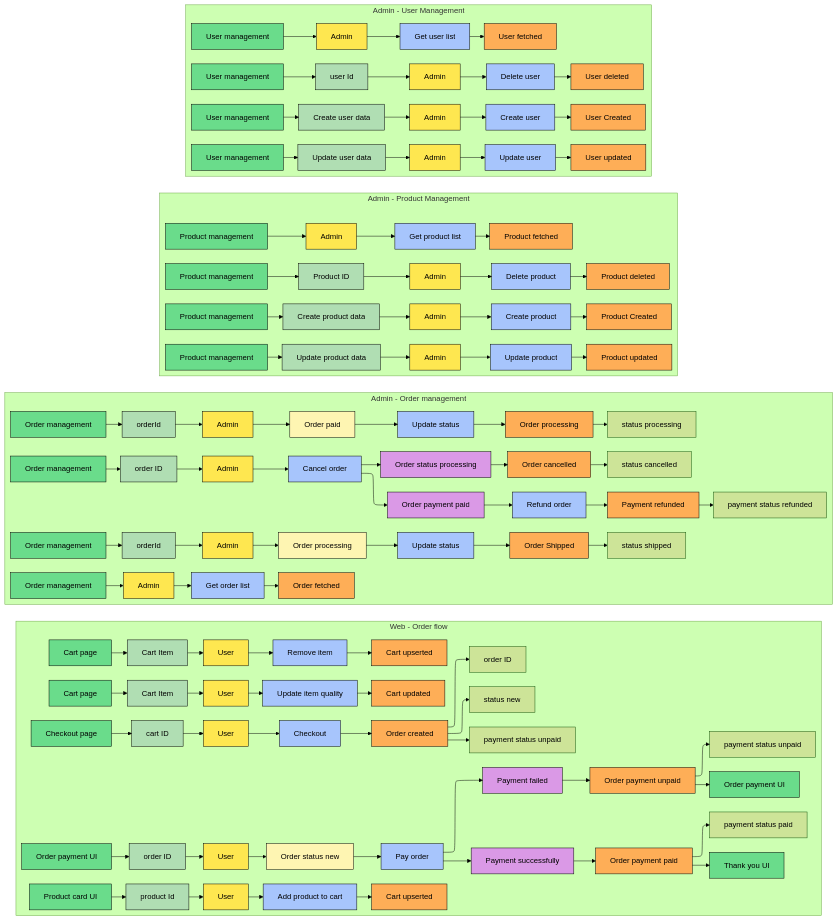
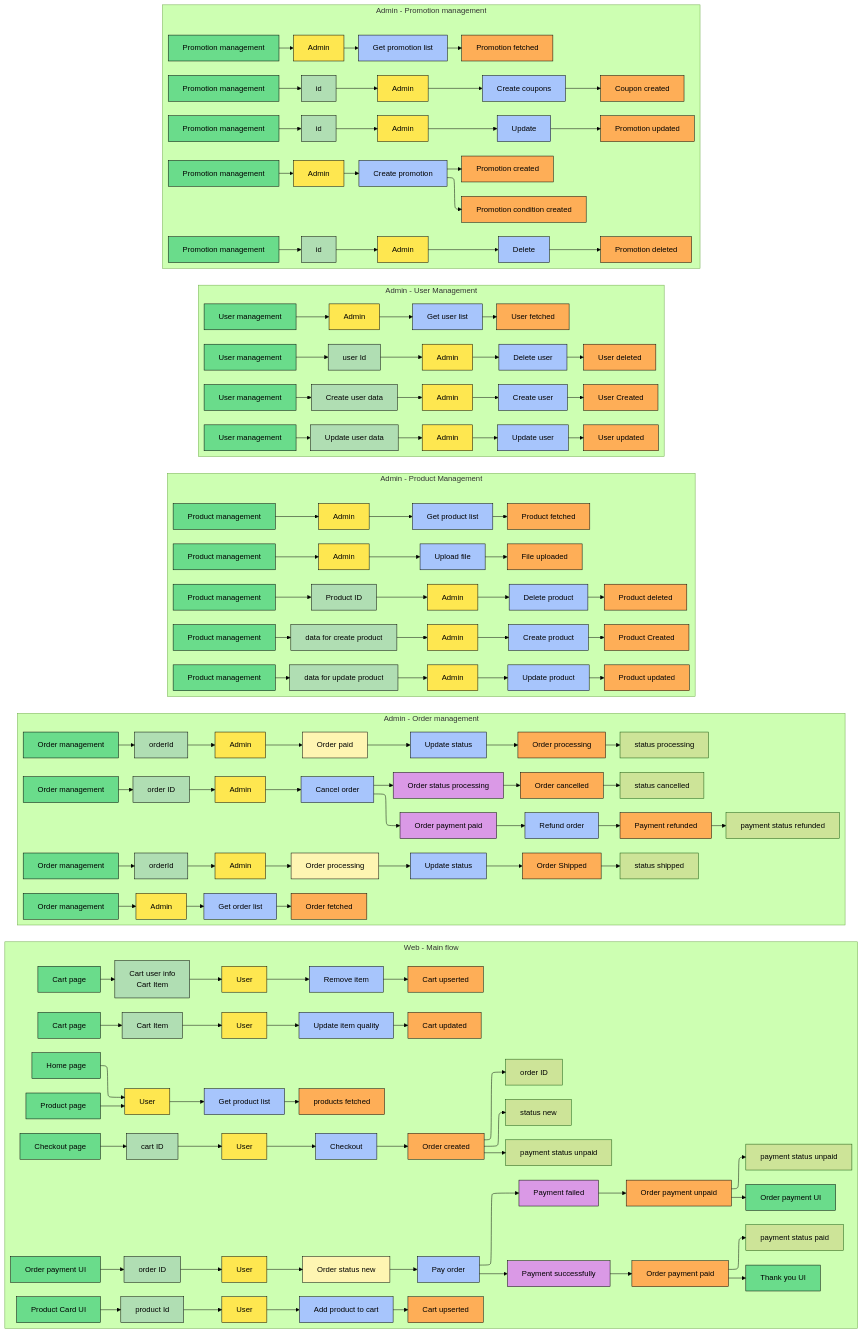
One commit to quochuydev/x-app-v1 changed the diagram in docs/ecommerce/event-storming.md. Above: the diagram before and after it, drawn with Mermaid (forest theme). The commit also changed 2 other files, not shown here.

````diff
--- a/docs/ecommerce/event-storming.md
+++ b/docs/ecommerce/event-storming.md
@@ -4,8 +4,8 @@
   layout: elk
 ---
 flowchart LR
- subgraph s3["Web - Order flow"]
-        n16["Product card UI"]
+ subgraph s3["Web - Main flow"]
+        n16["Product Card UI"]
         n17["User"]
         n18["Update item quality"]
         n19["Cart upserted"]
@@ -17,7 +17,7 @@
         n73["Cart page"]
         n74@{ label: "<span style=\"color:\">User</span>" }
         n75["product Id"]
-        n76["Cart Item"]
+        n76["Cart user info<br>Cart Item"]
         n77["Checkout page"]
         n78["cart ID"]
         n79["order ID"]
@@ -41,6 +41,11 @@
         n133["Order payment UI"]
         n134["Thank you UI"]
         n135["order ID"]
+        n140["Product page"]
+        n141["User"]
+        n142["Get product list"]
+        n169["products fetched"]
+        n170@{ label: "<span style=\"color:\">Home page</span>" }
   end
  subgraph s5["Admin - Order management"]
         n63["Order management"]
@@ -84,15 +89,19 @@
         n35["Product deleted"]
         n36["Get product list"]
         n37["Product fetched"]
-        n39["Create product data"]
+        n39["data for create product"]
         n40["Product ID"]
         n41@{ label: "<span style=\"color:\">Admin</span>" }
-        n42["Update product data"]
+        n42["data for update product"]
         n43["Admin"]
         n44["Admin"]
         n109["Product management"]
         n110["Product management"]
         n111["Product management"]
+        n136@{ label: "<span style=\"color:\">Product management</span>" }
+        n137["Admin"]
+        n138["Upload file"]
+        n139["File uploaded"]
   end
  subgraph s4["Admin - User Management"]
         n45["User management"]
@@ -114,6 +123,32 @@
         n116["User management"]
         n118["User management"]
         n119["User management"]
+  end
+ subgraph s6["Admin - Promotion management"]
+        n143["Promotion management"]
+        n144["Admin"]
+        n146@{ label: "<span style=\"background-color:\">Update</span>" }
+        n147["Promotion updated"]
+        n148@{ label: "<span style=\"color:\">Get promotion list</span>" }
+        n149["Promotion fetched"]
+        n150["Promotion management"]
+        n151["Admin"]
+        n152["id"]
+        n153["Promotion management"]
+        n154@{ label: "<span style=\"color:\">id</span>" }
+        n155["Admin"]
+        n157@{ label: "<span style=\"color:\">Delete</span>" }
+        n158@{ label: "<span style=\"color:\">Promotion deleted</span>" }
+        n159["Promotion management"]
+        n160["id"]
+        n161["Admin"]
+        n162["Create coupons"]
+        n163@{ label: "<span style=\"color:\">Coupon created</span>" }
+        n164@{ label: "<span style=\"color:\">Promotion management</span>" }
+        n165@{ label: "<span style=\"color:\">Admin</span>" }
+        n166["Create promotion"]
+        n167["Promotion created"]
+        n168["Promotion condition created"]
   end
     RM1 --> n44
     A1 --> C1
@@ -195,6 +230,31 @@
     n132 --> n81
     n135 --> n131
     n20 --> n72
+    n136 --> n137
+    n137 --> n138
+    n138 --> n139
+    n140 --> n141
+    n141 --> n142
+    n143 --> n144
+    n144 --> n148
+    n146 --> n147
+    n148 --> n149
+    n150 --> n152
+    n152 --> n151
+    n153 --> n154
+    n154 --> n155
+    n155 --> n157
+    n157 --> n158
+    n159 --> n160
+    n160 --> n161
+    n161 --> n162
+    n162 --> n163
+    n151 --> n146
+    n164 --> n165
+    n165 --> n166
+    n166 --> n167 & n168
+    n142 --> n169
+    n170 --> n141
     n19@{ shape: rect}
     n20@{ shape: rect}
     n61@{ shape: rect}
@@ -205,6 +265,7 @@
     n113@{ shape: rect}
     n115@{ shape: rect}
     n132@{ shape: rect}
+    n170@{ shape: rect}
     n63@{ shape: rect}
     n64@{ shape: rect}
     n65@{ shape: rect}
@@ -221,6 +282,7 @@
     n104@{ shape: rect}
     n123@{ shape: rect}
     n41@{ shape: rect}
+    n136@{ shape: rect}
     n45@{ shape: rect}
     n46@{ shape: rect}
     n47@{ shape: rect}
@@ -237,6 +299,27 @@
     n58@{ shape: rect}
     n59@{ shape: rect}
     n60@{ shape: rect}
+    n143@{ shape: rect}
+    n144@{ shape: rect}
+    n146@{ shape: rect}
+    n147@{ shape: rect}
+    n148@{ shape: rect}
+    n149@{ shape: rect}
+    n150@{ shape: rect}
+    n151@{ shape: rect}
+    n152@{ shape: rect}
+    n153@{ shape: rect}
+    n154@{ shape: rect}
+    n155@{ shape: rect}
+    n157@{ shape: rect}
+    n158@{ shape: rect}
+    n159@{ shape: rect}
+    n160@{ shape: rect}
+    n161@{ shape: rect}
+    n162@{ shape: rect}
+    n163@{ shape: rect}
+    n164@{ shape: rect}
+    n165@{ shape: rect}
      n16:::ui
      n17:::actor
      n18:::command
@@ -268,6 +351,11 @@
      n133:::ui
      n134:::ui
      n135:::read_models
+     n140:::ui
+     n141:::actor
+     n142:::command
+     n169:::event
+     n170:::ui
      n63:::ui
      n64:::actor
      n65:::reaction_policy
@@ -312,6 +400,10 @@
      n109:::ui
      n110:::ui
      n111:::ui
+     n136:::ui
+     n137:::actor
+     n138:::command
+     n139:::event
      n45:::ui
      n46:::actor
      n47:::command
@@ -331,13 +423,37 @@
      n116:::ui
      n118:::ui
      n119:::ui
+     n143:::ui
+     n144:::actor
+     n146:::command
+     n147:::event
+     n148:::command
+     n149:::event
+     n150:::ui
+     n151:::actor
+     n152:::read_models
+     n153:::ui
+     n154:::read_models
+     n155:::actor
+     n157:::command
+     n158:::event
+     n159:::ui
+     n160:::read_models
+     n161:::actor
+     n162:::command
+     n163:::event
+     n164:::ui
+     n165:::actor
+     n166:::command
+     n167:::event
+     n168:::event
     classDef external_system fill:#ffb3c5, stroke:#000, stroke-width:1px, color:#000
     classDef policy fill:#da99e6, stroke:#000, stroke-width:1px, color:#000
+    classDef reaction_policy fill:#fef5b2, stroke:#000, stroke-width:1px, color:#000
+    classDef read_models fill:#b0deb3, stroke:#000, stroke-width:1px, color:#000
     classDef event fill:#feae57, stroke:#000, stroke-width:1px, color:#000
     classDef command fill:#a7c5fc, stroke:#000, stroke-width:1px, color:#000
     classDef actor fill:#fee750, stroke:#000, stroke-width:1px, color:#000, border-radius:0
-    classDef reaction_policy fill:#fef5b2, stroke:#000, stroke-width:1px, color:#000
     classDef ui fill:#6adc8b, stroke:#000, stroke-width:1px, color:#000
-    classDef read_models fill:#b0deb3, stroke:#000, stroke-width:1px, color:#000
 
 ```
````
